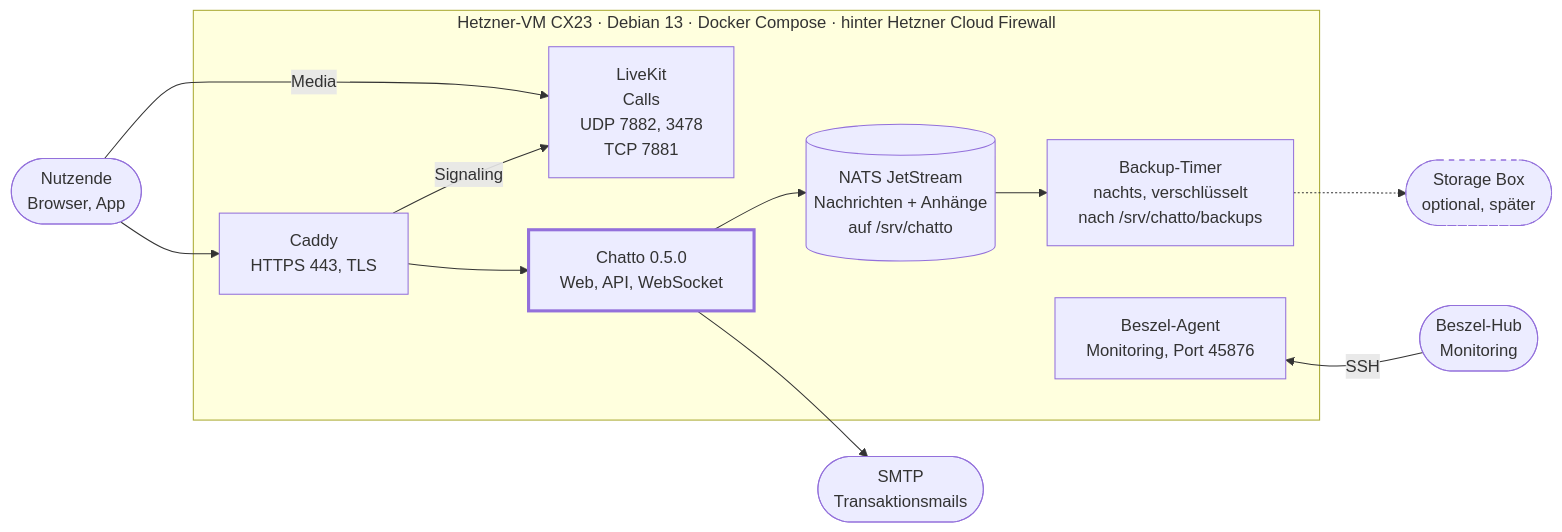
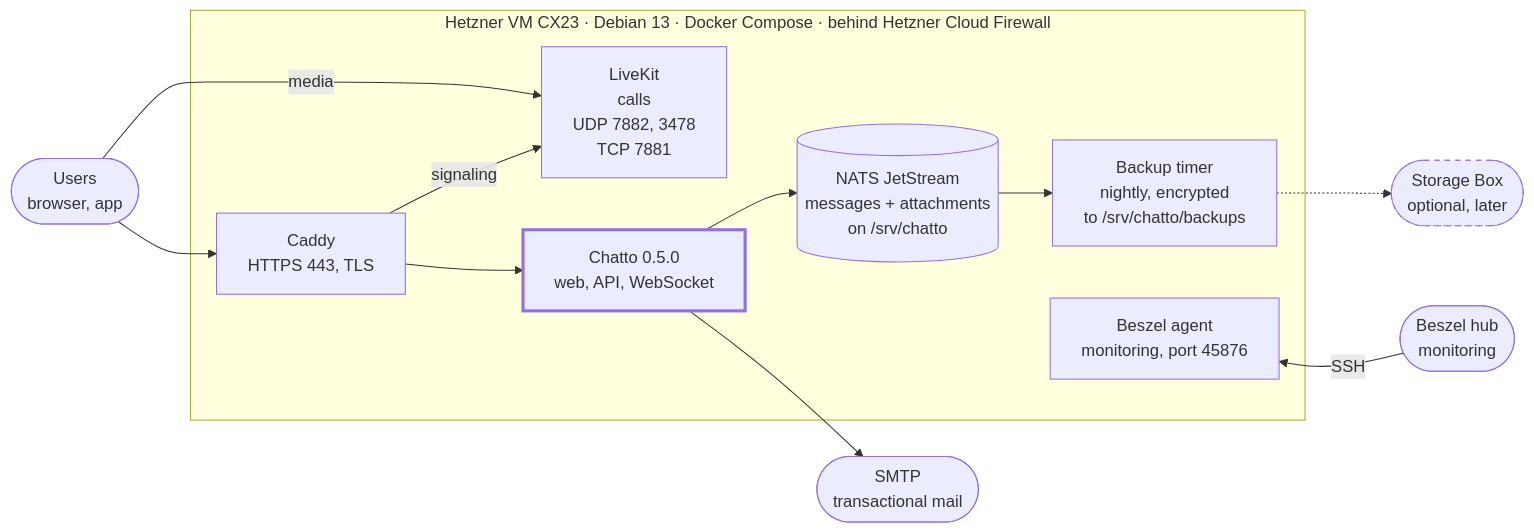
Before and after one commit to kaistierl/kalkspace-chatto: the diagram in docs/design.md, drawn with Mermaid. The commit also changed other lines of this file and 2 other files, not shown here.

````diff
--- a/docs/design.md
+++ b/docs/design.md
@@ -48,33 +48,33 @@
 ```mermaid
 flowchart LR
-  users(["Nutzende<br/>Browser, App"])
+  users(["Users<br/>browser, app"])
 
-  subgraph vm["Hetzner-VM CX23 · Debian 13 · Docker Compose · hinter Hetzner Cloud Firewall"]
-    livekit["LiveKit<br/>Calls<br/>UDP 7882, 3478<br/>TCP 7881"]
+  subgraph vm["Hetzner VM CX23 · Debian 13 · Docker Compose · behind Hetzner Cloud Firewall"]
+    livekit["LiveKit<br/>calls<br/>UDP 7882, 3478<br/>TCP 7881"]
     caddy["Caddy<br/>HTTPS 443, TLS"]
-    chatto["Chatto 0.5.0<br/>Web, API, WebSocket"]
-    nats[("NATS JetStream<br/>Nachrichten + Anhänge<br/>auf /srv/chatto")]
-    backup["Backup-Timer<br/>nachts, verschlüsselt<br/>nach /srv/chatto/backups"]
-    beszel["Beszel-Agent<br/>Monitoring, Port 45876"]
+    chatto["Chatto 0.5.0<br/>web, API, WebSocket"]
+    nats[("NATS JetStream<br/>messages + attachments<br/>on /srv/chatto")]
+    backup["Backup timer<br/>nightly, encrypted<br/>to /srv/chatto/backups"]
+    beszel["Beszel agent<br/>monitoring, port 45876"]
   end
 
-  smtp(["SMTP<br/>Transaktionsmails"])
-  hub(["Beszel-Hub<br/>Monitoring"])
-  storagebox(["Storage Box<br/>optional, später"])
+  smtp(["SMTP<br/>transactional mail"])
+  hub(["Beszel hub<br/>monitoring"])
+  storagebox(["Storage Box<br/>optional, later"])
 
-  users -->|Media| livekit
+  users -->|media| livekit
   users --> caddy
-  caddy -->|Signaling| livekit
+  caddy -->|signaling| livekit
   caddy --> chatto
   chatto --> nats
   nats --> backup
   chatto --> smtp
   backup -.-> storagebox
   beszel ~~~ hub
   hub -->|SSH| beszel
 
   classDef main stroke-width:3px
   class chatto main
   classDef optional stroke-dasharray:5 5
   class storagebox optional
 ```
````
